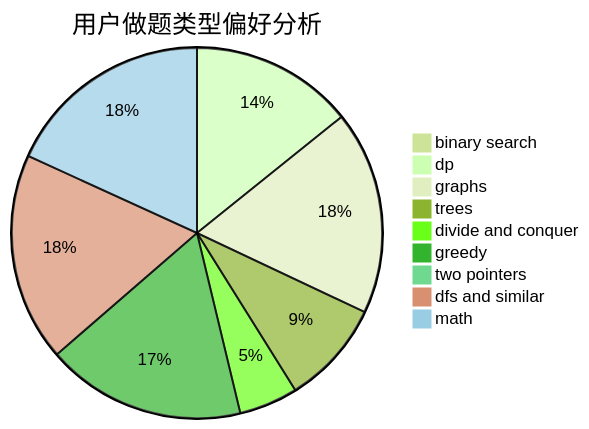
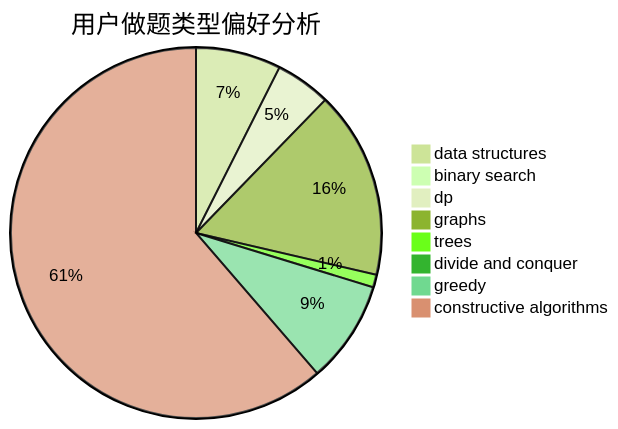
The second of 3 diagrams in docs/user/u2269.md (sherpahu/cfrs.github.io), drawn with Mermaid (forest theme) before and after one commit. The commit also changed other lines of this file and 2775 other files, not shown here.

````diff
--- a/docs/user/u2269.md
+++ b/docs/user/u2269.md
@@ -23,12 +23,11 @@
 ```mermaid
 pie title 用户做题类型偏好分析
-    "binary search" :  2
-    "dp" :  36
-    "graphs" :  45
-    "trees" :  23
-    "divide and conquer" :  13
-    "greedy" :  44
-    "two pointers" :  0
-    "dfs and similar" :  46
-    "math" :  46
+    "data structures" :  20
+    "binary search" :  1
+    "dp" :  13
+    "graphs" :  44
+    "trees" :  3
+    "divide and conquer" :  0
+    "greedy" :  24
+    "constructive algorithms" :  165
 ```
````
